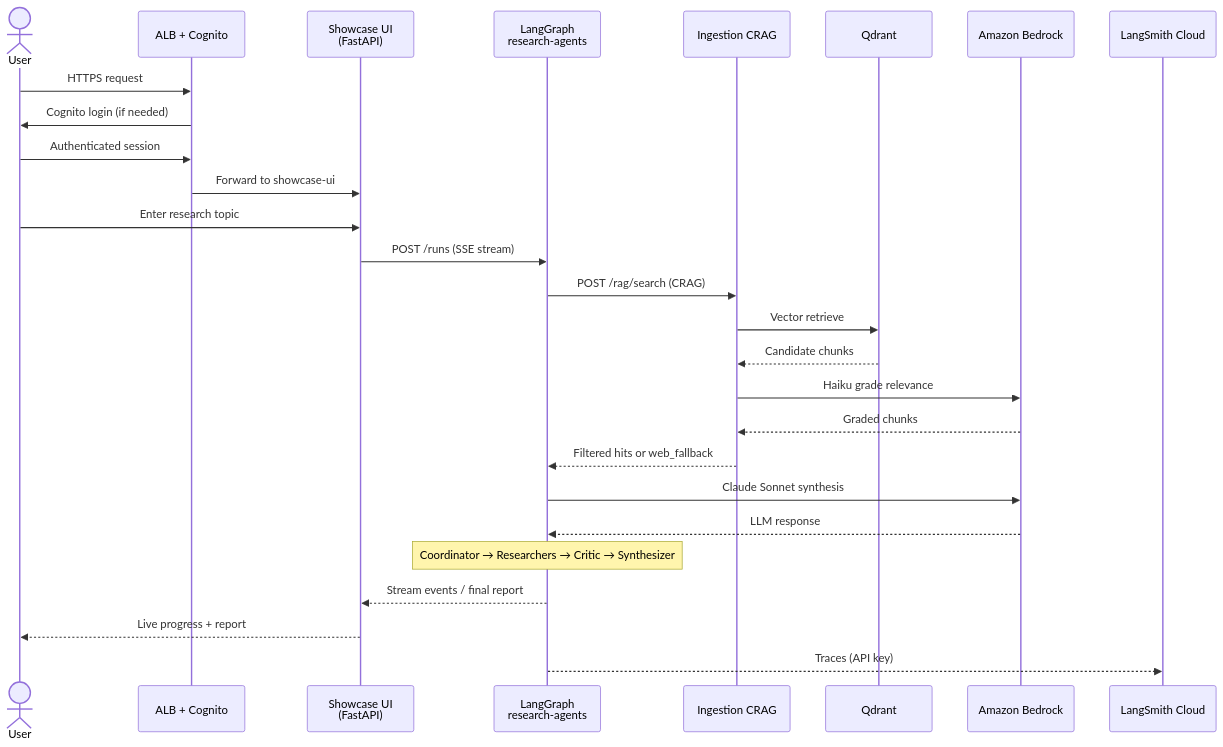
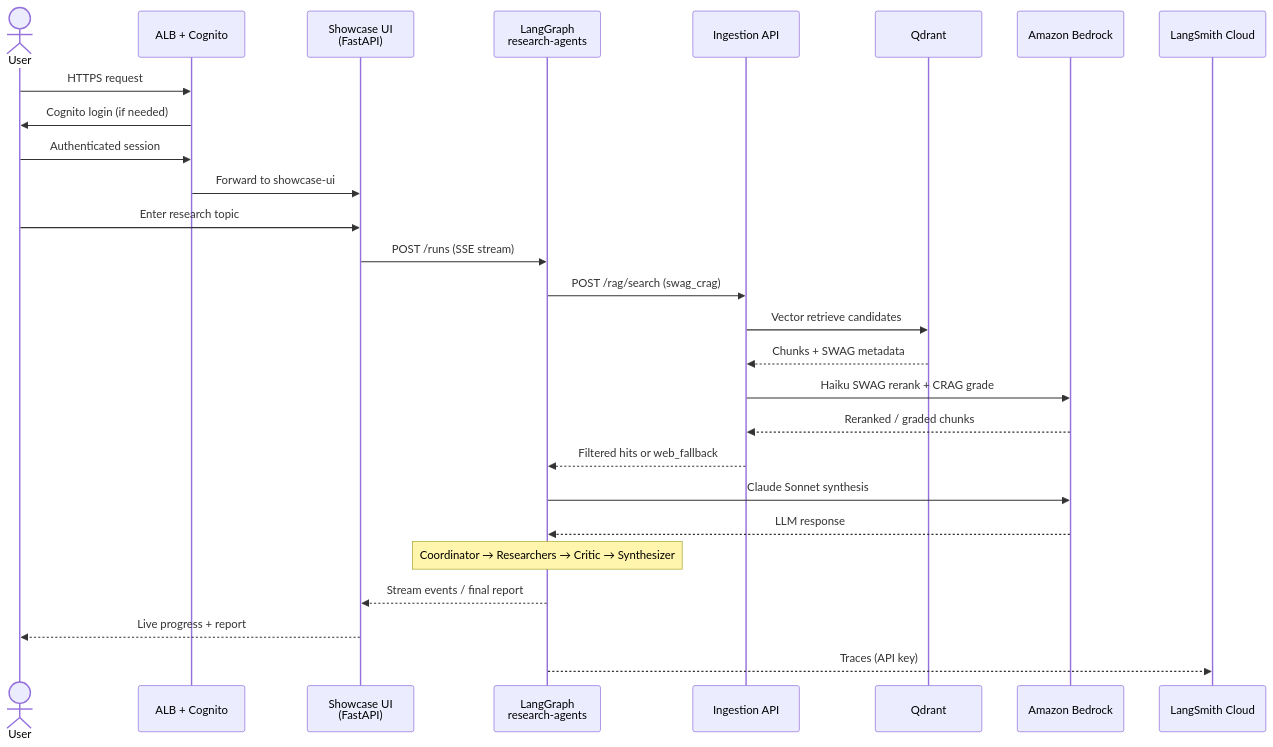
One commit to emguru/langrag changed the third of 7 diagrams in docs/ARCHITECTURE_DIAGRAM.md. Above: the diagram before and after it, drawn with Mermaid. The commit also changed other lines of this file and 20 other files, not shown here.

First line of the commit message:
Add SWAG reranking layer with pipeline modes and updated architecture docs.

````diff
--- a/docs/ARCHITECTURE_DIAGRAM.md
+++ b/docs/ARCHITECTURE_DIAGRAM.md
@@ -129,30 +131,30 @@
 ```mermaid
 sequenceDiagram
   actor User
   participant ALB as ALB + Cognito
   participant UI as Showcase UI<br/>(FastAPI)
   participant LG as LangGraph<br/>research-agents
-  participant Ing as Ingestion CRAG
+  participant Ing as Ingestion API
   participant Q as Qdrant
   participant BR as Amazon Bedrock
   participant LS as LangSmith Cloud
 
   User->>ALB: HTTPS request
   ALB->>User: Cognito login (if needed)
   User->>ALB: Authenticated session
   ALB->>UI: Forward to showcase-ui
   User->>UI: Enter research topic
   UI->>LG: POST /runs (SSE stream)
-  LG->>Ing: POST /rag/search (CRAG)
-  Ing->>Q: Vector retrieve
-  Q-->>Ing: Candidate chunks
-  Ing->>BR: Haiku grade relevance
-  BR-->>Ing: Graded chunks
+  LG->>Ing: POST /rag/search (swag_crag)
+  Ing->>Q: Vector retrieve candidates
+  Q-->>Ing: Chunks + SWAG metadata
+  Ing->>BR: Haiku SWAG rerank + CRAG grade
+  BR-->>Ing: Reranked / graded chunks
   Ing-->>LG: Filtered hits or web_fallback
   LG->>BR: Claude Sonnet synthesis
   BR-->>LG: LLM response
   Note over LG: Coordinator → Researchers → Critic → Synthesizer
   LG-->>UI: Stream events / final report
   UI-->>User: Live progress + report
   LG-->>LS: Traces (API key)
 ```
````
